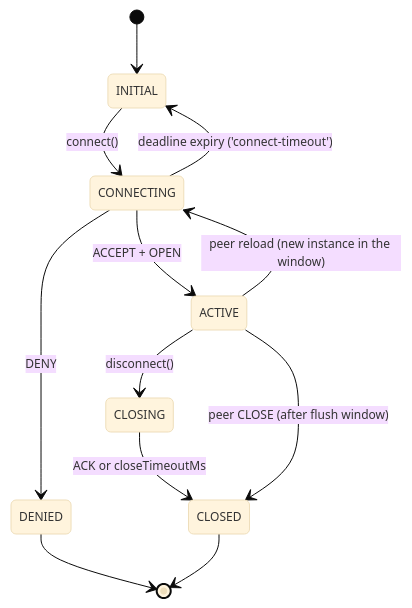
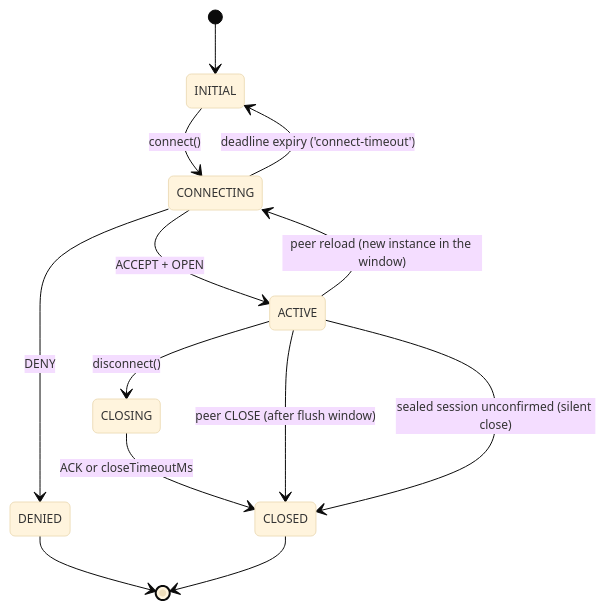
One commit to AndrewRedican/hyperfrontend changed the sixth of 8 diagrams in libs/nexus/ARCHITECTURE.md. Above: the diagram before and after it, drawn with Mermaid. The commit also changed other lines of this file and 1 other file, not shown here.

Commit message:
docs(lib-nexus): describe the sealed session handshake and the security seam

````diff
--- a/libs/nexus/ARCHITECTURE.md
+++ b/libs/nexus/ARCHITECTURE.md
@@ -391,20 +395,21 @@
 ```mermaid
 ---
 config:
   theme: base
   themeVariables:
     fontSize: 12px
 ---
 stateDiagram-v2
     [*] --> INITIAL
     INITIAL --> CONNECTING: connect()
     CONNECTING --> DENIED: DENY
     CONNECTING --> INITIAL: deadline expiry ('connect-timeout')
     CONNECTING --> ACTIVE: ACCEPT + OPEN
     ACTIVE --> CLOSING: disconnect()
     CLOSING --> CLOSED: ACK or closeTimeoutMs
     ACTIVE --> CLOSED: peer CLOSE (after flush window)
+    ACTIVE --> CLOSED: sealed session unconfirmed (silent close)
     ACTIVE --> CONNECTING: peer reload (new instance in the window)
     DENIED --> [*]
     CLOSED --> [*]
 ```
````
